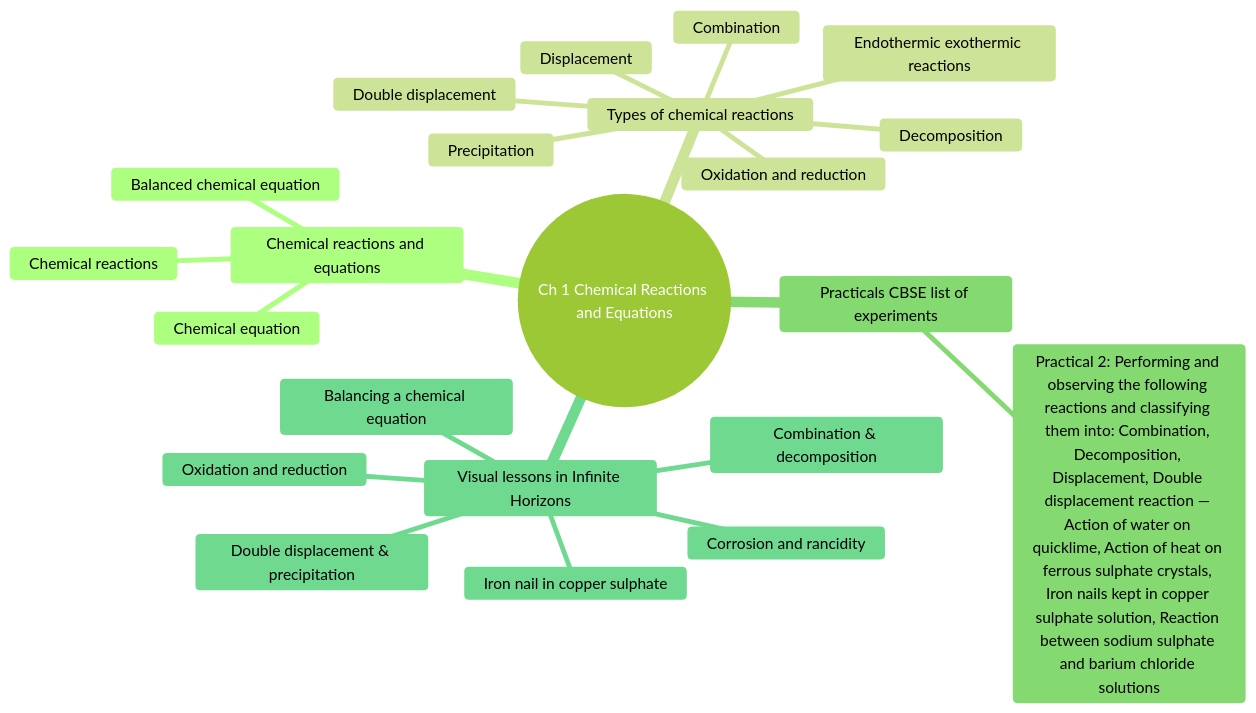
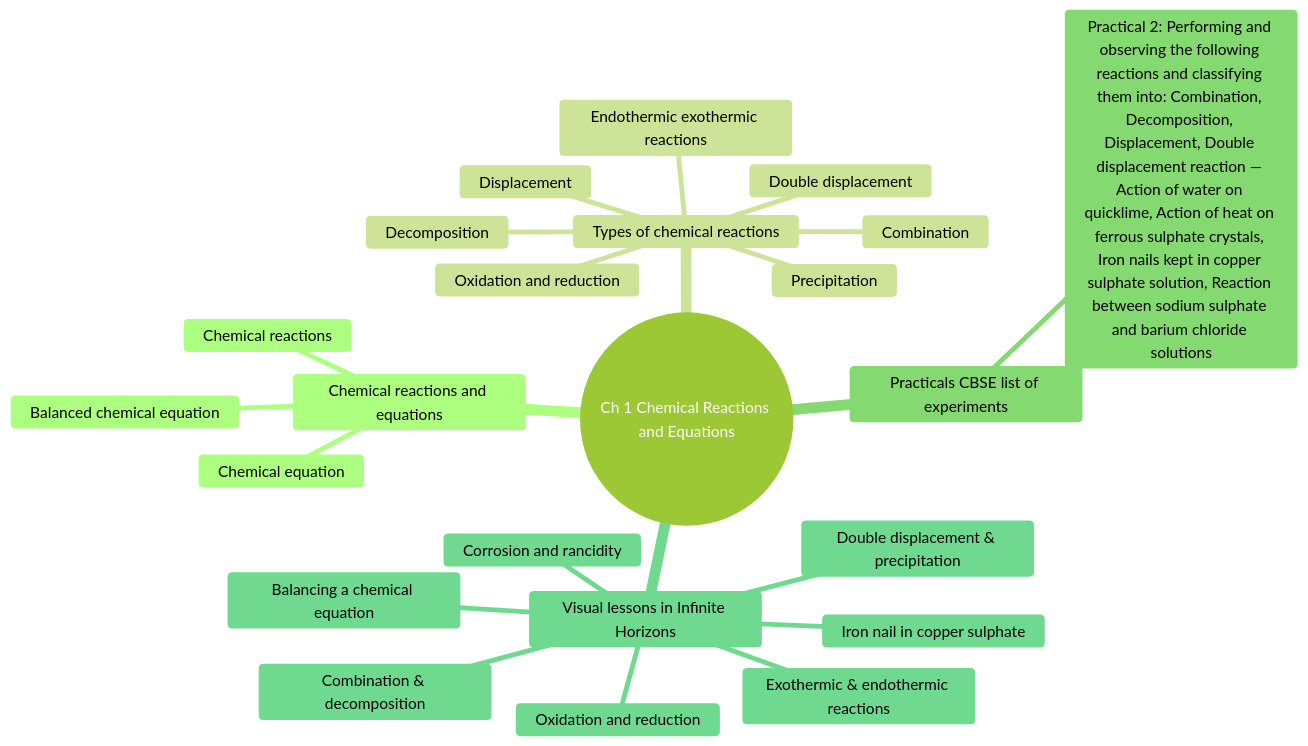
One commit to anveshix/ifinite-horizon changed diagram 13 of 26 in docs/CHAPTER_MINDMAPS.md. Above: the diagram before and after it, drawn with Mermaid (forest theme). The commit also changed other lines of this file and 10 other files, not shown here.

````diff
--- a/docs/CHAPTER_MINDMAPS.md
+++ b/docs/CHAPTER_MINDMAPS.md
@@ -501,25 +501,26 @@
 ```mermaid
 mindmap
   root((Ch 1 Chemical Reactions and Equations))
     Chemical reactions and equations
       Chemical reactions
       Chemical equation
       Balanced chemical equation
     Types of chemical reactions
       Combination
       Decomposition
       Displacement
       Double displacement
       Precipitation
       Endothermic exothermic reactions
       Oxidation and reduction
     Practicals CBSE list of experiments
       Practical 2: Performing and observing the following reactions and classifying them into: Combination, Decomposition, Displacement, Double displacement reaction — Action of water on quicklime, Action of heat on ferrous sulphate crystals, Iron nails kept in copper sulphate solution, Reaction between sodium sulphate and barium chloride solutions
     Visual lessons in Infinite Horizons
       Iron nail in copper sulphate
       Balancing a chemical equation
       Combination & decomposition
       Oxidation and reduction
       Corrosion and rancidity
+      Exothermic & endothermic reactions
       Double displacement & precipitation
 ```
````
